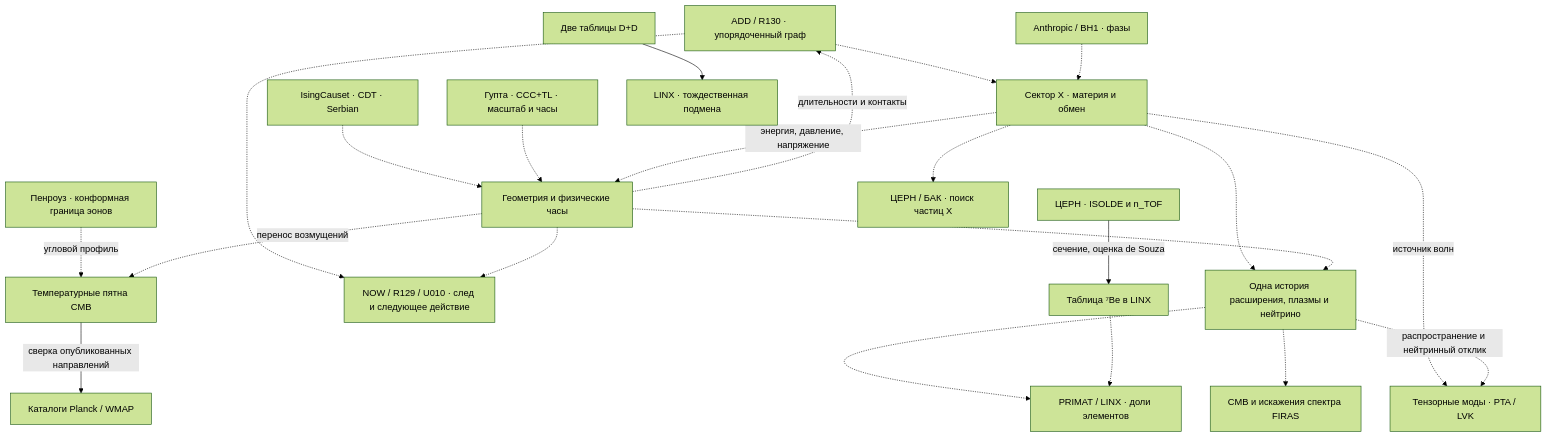
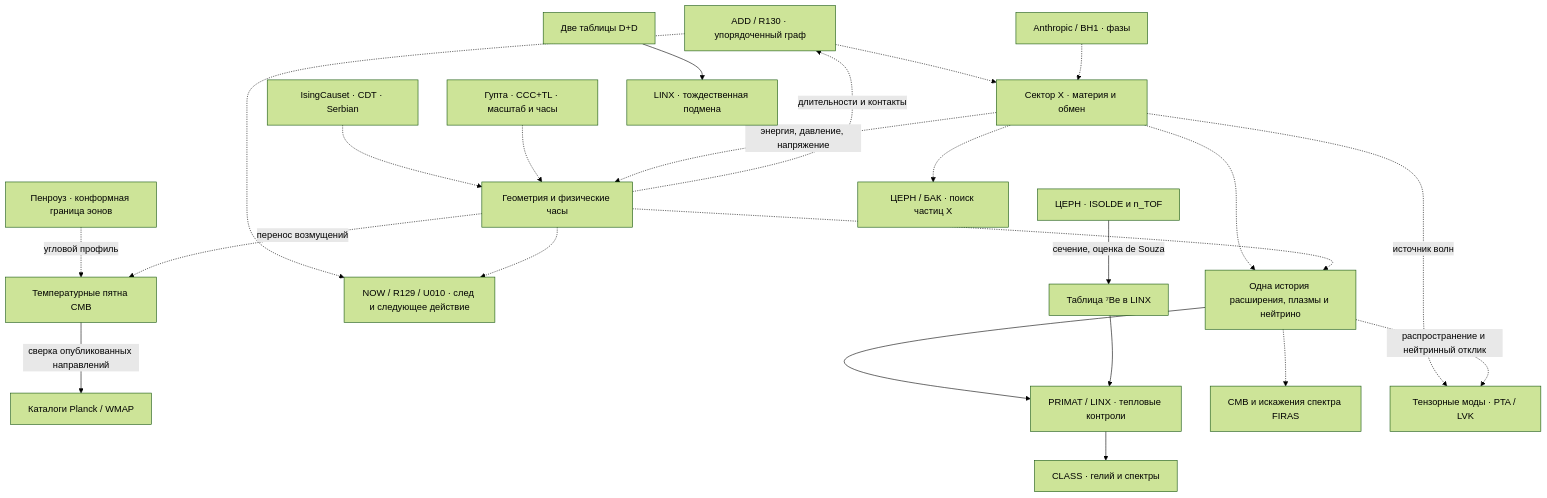
The second of 2 diagrams in analysis/NOW_PROJECT_INTEGRATION_20261119/REPORT.md (IgorSabirov/vm-lab), drawn with Mermaid (forest theme) before and after one commit. The commit also changed other lines of this file and 14 other files, not shown here.

````diff
--- a/analysis/NOW_PROJECT_INTEGRATION_20261119/REPORT.md
+++ b/analysis/NOW_PROJECT_INTEGRATION_20261119/REPORT.md
@@ -39,24 +40,25 @@
 ```mermaid
 flowchart TD
     A["ADD / R130 · упорядоченный граф"] -.-> X["Сектор X · материя и обмен"]
     BH["Anthropic / BH1 · фазы"] -.-> X
     Geo["IsingCauset · CDT · Serbian"] -.-> G["Геометрия и физические часы"]
     CCC["Гупта · CCC+TL · масштаб и часы"] -.-> G
     Pen["Пенроуз · конформная граница эонов"] -.->|"угловой профиль"| Sky["Температурные пятна CMB"]
     G -.->|"перенос возмущений"| Sky
     Sky -->|"сверка опубликованных направлений"| Cats["Каталоги Planck / WMAP"]
     X -.->|"энергия, давление, напряжение"| G
     G -.->|"длительности и контакты"| A
     A -.-> N["NOW / R129 / U010 · след и следующее действие"]
     G -.-> N
     X -.-> H["Одна история расширения, плазмы и нейтрино"]
     G -.-> H
-    H -.-> B["PRIMAT / LINX · доли элементов"]
+    H --> B["PRIMAT / LINX · тепловые контроли"]
+    B --> CL["CLASS · гелий и спектры"]
     H -.-> M["CMB и искажения спектра FIRAS"]
     C["ЦЕРН · ISOLDE и n_TOF"] -->|"сечение, оценка de Souza"| R["Таблица ⁷Be в LINX"]
-    R -.-> B
+    R --> B
     DD["Две таблицы D+D"] --> L["LINX · тождественная подмена"]
     X -.-> P["ЦЕРН / БАК · поиск частиц X"]
     X -.->|"источник волн"| W["Тензорные моды · PTA / LVK"]
     H -.->|"распространение и нейтринный отклик"| W
 ```
````
